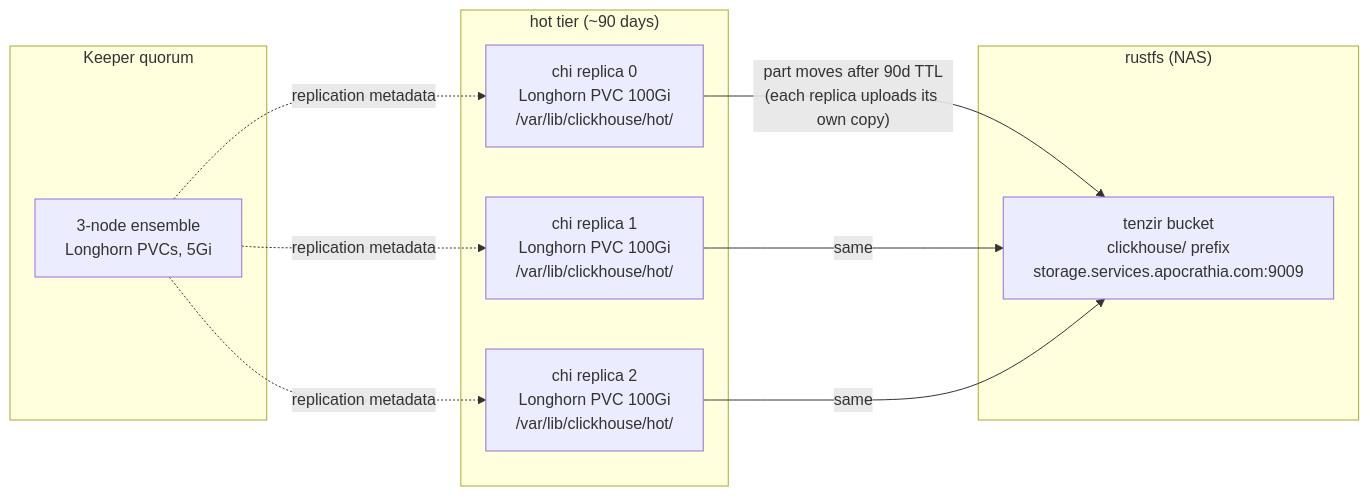
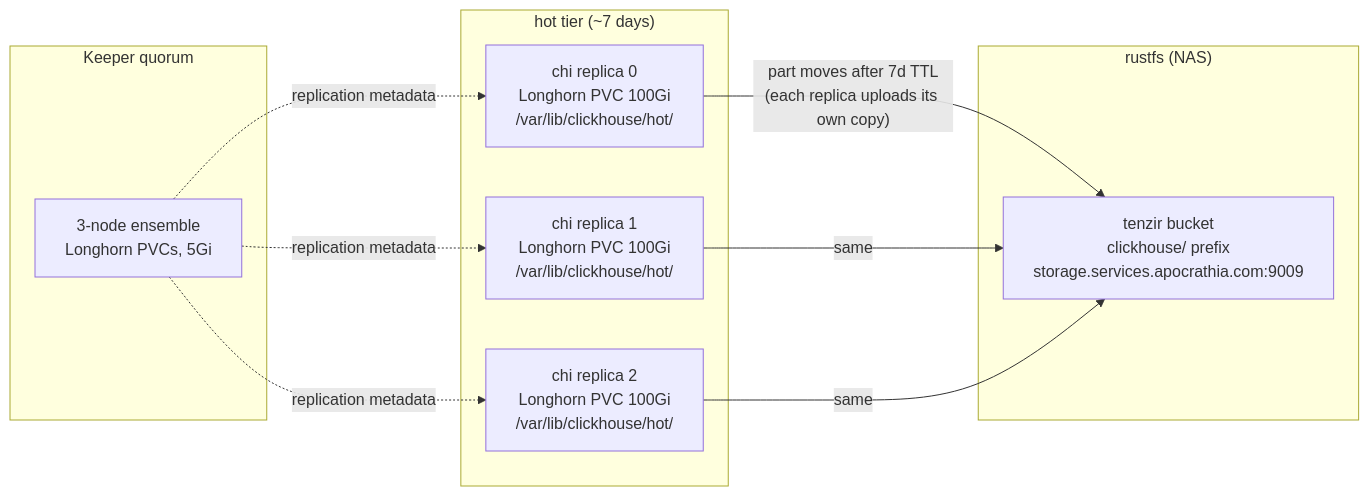
Before and after one commit to Apocrathia/homelab: the second of 2 diagrams in flux/manifests/04-apps/security/tenzir/clickhouse/README.md, drawn with Mermaid. The commit also changed other lines of this file and 28 other files, not shown here.

````diff
--- a/flux/manifests/04-apps/security/tenzir/clickhouse/README.md
+++ b/flux/manifests/04-apps/security/tenzir/clickhouse/README.md
@@ -275,20 +281,20 @@
 ```mermaid
 flowchart LR
-    subgraph HOT["hot tier (~90 days)"]
+    subgraph HOT["hot tier (~7 days)"]
         PVC0["chi replica 0<br/>Longhorn PVC 100Gi<br/>/var/lib/clickhouse/hot/"]
         PVC1["chi replica 1<br/>Longhorn PVC 100Gi<br/>/var/lib/clickhouse/hot/"]
         PVC2["chi replica 2<br/>Longhorn PVC 100Gi<br/>/var/lib/clickhouse/hot/"]
     end
     subgraph KEEP["Keeper quorum"]
         K["3-node ensemble<br/>Longhorn PVCs, 5Gi"]
     end
     subgraph RUSTFS["rustfs (NAS)"]
         S3["tenzir bucket<br/>clickhouse/ prefix<br/>storage.services.apocrathia.com:9009"]
     end
-    PVC0 -->|"part moves after 90d TTL<br/>(each replica uploads its own copy)"| S3
+    PVC0 -->|"part moves after 7d TTL<br/>(each replica uploads its own copy)"| S3
     PVC1 -->|"same"| S3
     PVC2 -->|"same"| S3
     K -.->|"replication metadata"| PVC0
     K -.->|"replication metadata"| PVC1
     K -.->|"replication metadata"| PVC2
 ```
````
